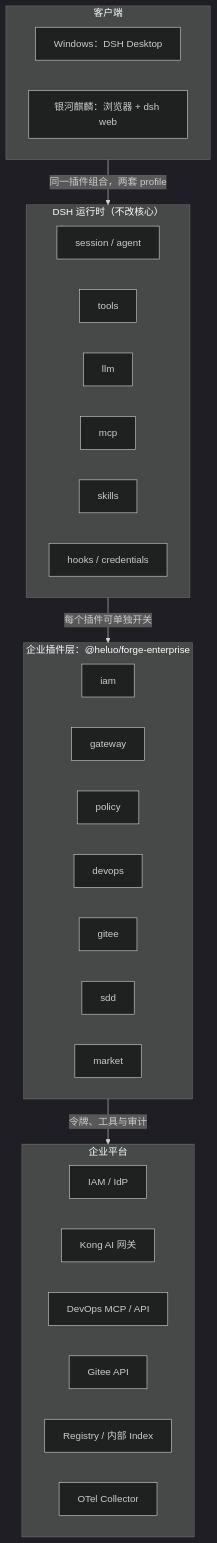
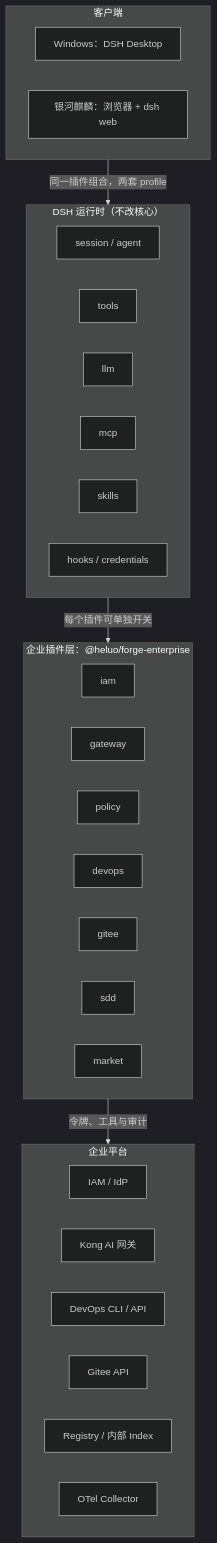
The second of 2 diagrams in docs/architecture/platform-architecture.md (hrygo/heluo-forge), drawn with Mermaid (dark theme) before and after one commit. The commit also changed other lines of this file and 31 other files, not shown here.

````diff
--- a/docs/architecture/platform-architecture.md
+++ b/docs/architecture/platform-architecture.md
@@ -139,39 +141,39 @@
 ```mermaid
 flowchart TB
   subgraph C["客户端"]
     direction LR
     W["Windows：DSH Desktop"]
     K["银河麒麟：浏览器 + dsh web"]
   end
   subgraph R["DSH 运行时（不改核心）"]
     direction LR
     A["session / agent"]
     T["tools"]
     L["llm"]
     M["mcp"]
     S["skills"]
     H["hooks / credentials"]
   end
   subgraph P["企业插件层：@heluo/forge-enterprise"]
     direction LR
     IAM["iam"]
     GW["gateway"]
     POL["policy"]
     DEV["devops"]
     GIT["gitee"]
     SDD["sdd"]
     MKT["market"]
   end
   subgraph PL["企业平台"]
     direction LR
     IDP["IAM / IdP"]
     KONG["Kong AI 网关"]
-    DAPI["DevOps MCP / API"]
+    DAPI["DevOps CLI / API"]
     GAPI["Gitee API"]
     REG["Registry / 内部 Index"]
     OT["OTel Collector"]
   end
   C -->|"同一插件组合，两套 profile"| R
   R -->|"每个插件可单独开关"| P
   P -->|"令牌、工具与审计"| PL
 ```
````
